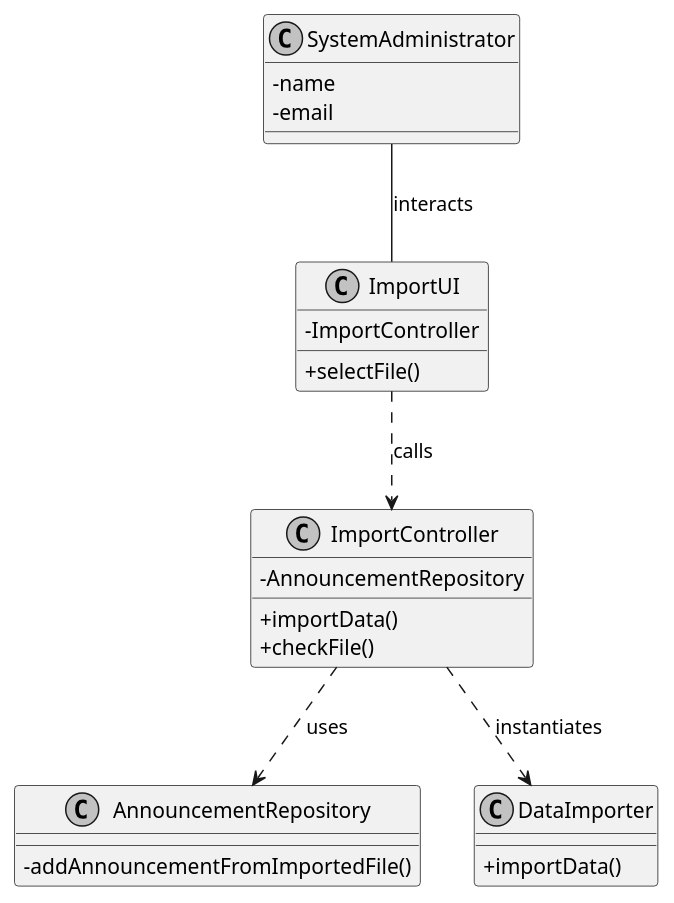
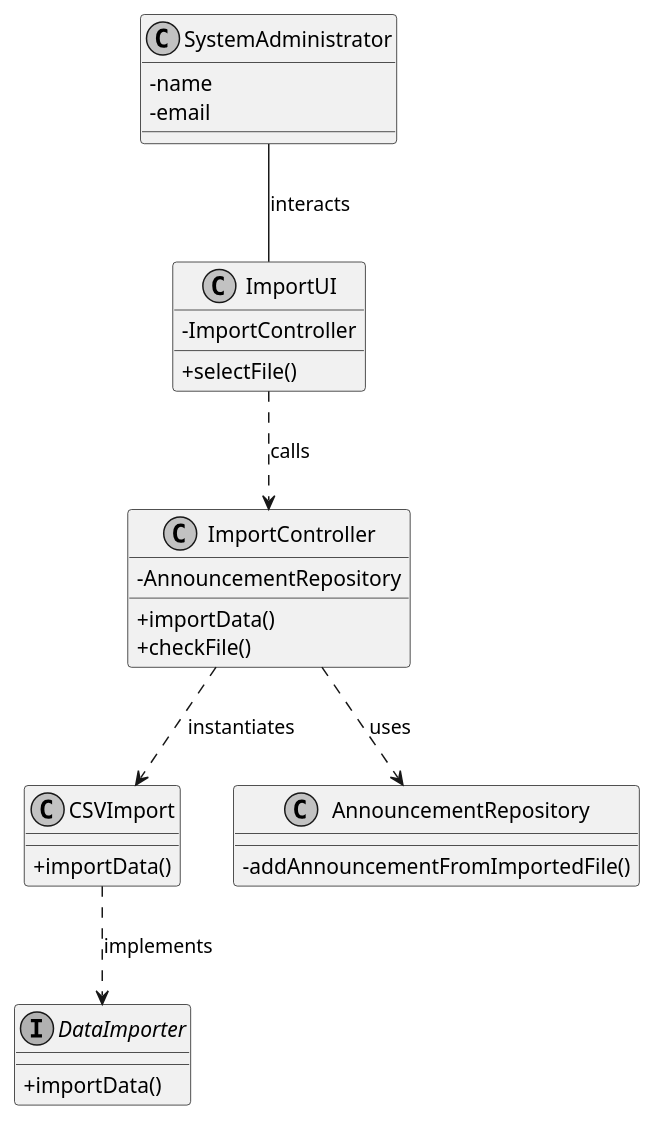
One commit to Goncalves2525/real-estate-management-system changed the diagram in docs/sprintD/us012/03.design/puml/us012-class-diagram.puml. Above: the diagram before and after it, drawn with PlantUML. The commit also changed 9 other files, not shown here.

```diff
--- a/docs/sprintD/us012/03.design/puml/us012-class-diagram.puml
+++ b/docs/sprintD/us012/03.design/puml/us012-class-diagram.puml
@@ -1,45 +1,51 @@
 @startuml
 skinparam monochrome true
 skinparam packageStyle rectangle
 skinparam shadowing false
 skinparam linetype polyline
 skinparam classAttributeIconSize 0
 
 'left to right direction
 
 class SystemAdministrator {
     - name
     - email
+}
+
+class CSVImport{
+    + importData()
 }
 
 class ImportController {
     - AnnouncementRepository
     + importData()
     + checkFile()
 }
 
 class ImportUI {
     - ImportController
     + selectFile()
 }
 
 class AnnouncementRepository {
     - addAnnouncementFromImportedFile()
 }
 
-class DataImporter{
+interface DataImporter{
     + importData()
 }
 
 
 ImportUI ..> ImportController : calls
 
 'ImportInformationController --> LegacySystem : uses
 
 SystemAdministrator -- ImportUI : interacts
 
 ImportController ..> AnnouncementRepository : uses
 
-ImportController ..> DataImporter : instantiates
+ImportController ..> CSVImport : instantiates
+
+CSVImport ..> DataImporter : implements
 
 @enduml
```
